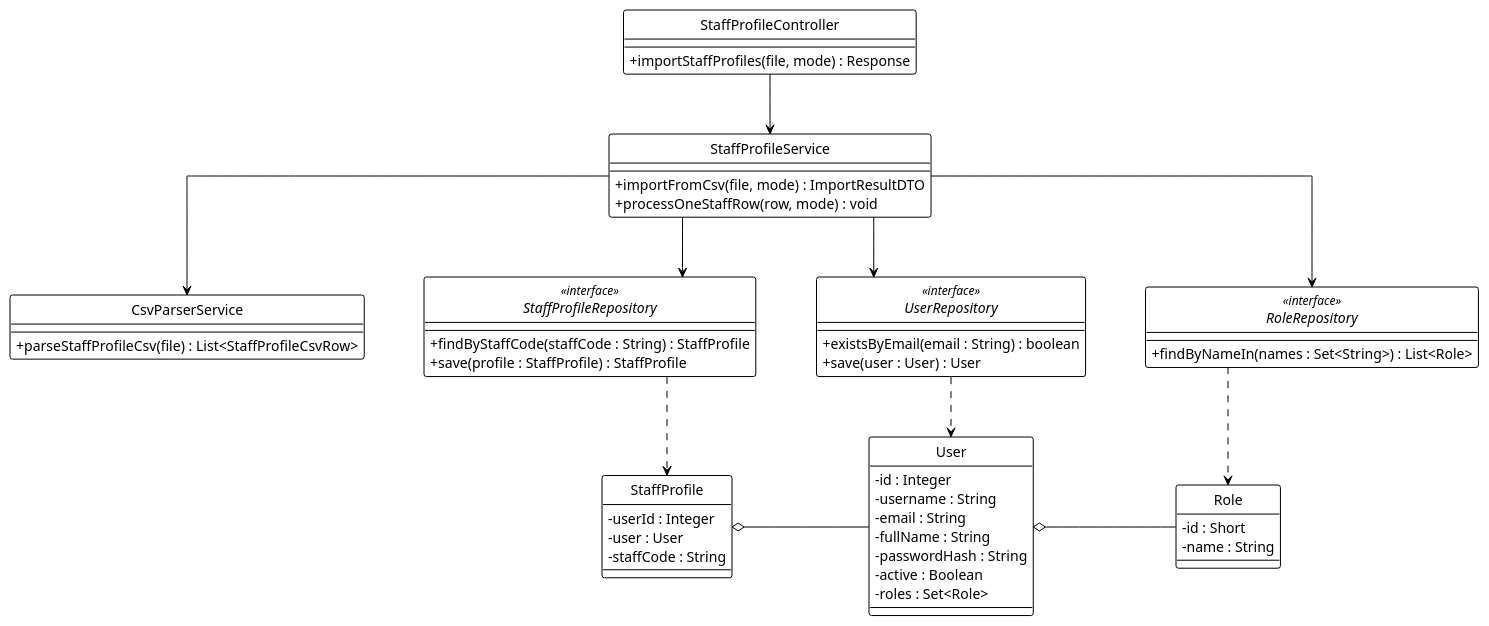
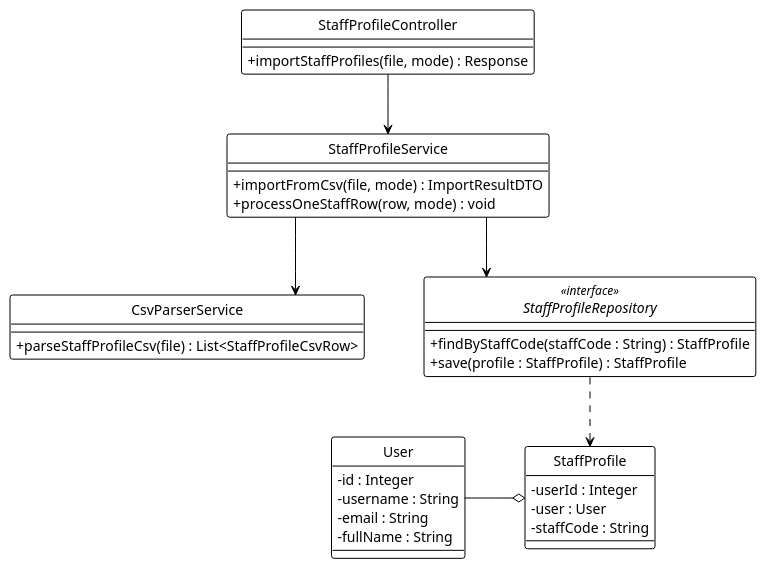
One commit to Ndh474/context changed the diagram in system_detailed_design/54_import_csv_staff/class_diagram_import_csv_staff.puml. Above: the diagram before and after it, drawn with PlantUML. The commit also changed 8 other files, not shown here.

```diff
--- a/system_detailed_design/54_import_csv_staff/class_diagram_import_csv_staff.puml
+++ b/system_detailed_design/54_import_csv_staff/class_diagram_import_csv_staff.puml
@@ -1,79 +1,57 @@
 @startuml import_csv_staff
 !theme plain
 hide circle
 skinparam classAttributeIconSize 0
 
 ' --- CẤU HÌNH "ORTHO" (BẮT BUỘC) ---
 skinparam linetype ortho
 skinparam nodesep 60
 skinparam ranksep 60
 
 ' --- CONTROLLER ---
 class StaffProfileController {
   + importStaffProfiles(file, mode) : Response
 }
 
 ' --- SERVICE ---
 class StaffProfileService {
   + importFromCsv(file, mode) : ImportResultDTO
   + processOneStaffRow(row, mode) : void
 }
 
 class CsvParserService {
   + parseStaffProfileCsv(file) : List<StaffProfileCsvRow>
 }
 
 ' --- REPOSITORY ---
 interface StaffProfileRepository <<interface>> {
   + findByStaffCode(staffCode : String) : StaffProfile
   + save(profile : StaffProfile) : StaffProfile
 }
 
-interface UserRepository <<interface>> {
-  + existsByEmail(email : String) : boolean
-  + save(user : User) : User
-}
-
-interface RoleRepository <<interface>> {
-  + findByNameIn(names : Set<String>) : List<Role>
-}
-
 ' --- ENTITIES ---
 class StaffProfile {
   - userId : Integer
   - user : User
   - staffCode : String
 }
 
 class User {
   - id : Integer
   - username : String
   - email : String
   - fullName : String
-  - passwordHash : String
-  - active : Boolean
-  - roles : Set<Role>
-}
-
-class Role {
-  - id : Short
-  - name : String
 }
 
 ' --- DEPENDENCY INJECTION (Association) ---
 StaffProfileController -down-> StaffProfileService
 StaffProfileService -down-> CsvParserService
 StaffProfileService -down-> StaffProfileRepository
-StaffProfileService -down-> UserRepository
-StaffProfileService -down-> RoleRepository
 
 ' --- REPOSITORY USAGE (Dependency) ---
 StaffProfileRepository .down.> StaffProfile
-UserRepository .down.> User
-RoleRepository .down.> Role
 
 ' --- ENTITY RELATIONSHIPS (Aggregation) ---
-StaffProfile o-right- User
-User o-right- Role
+StaffProfile o-left- User
 
 @enduml
```
